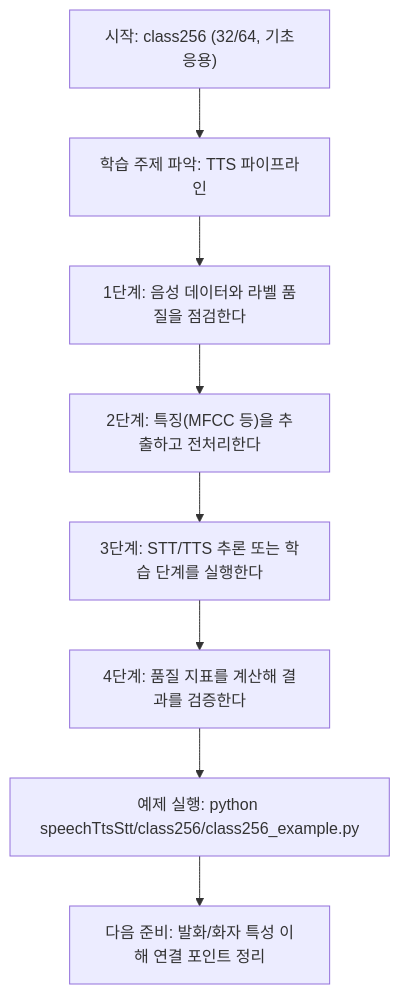
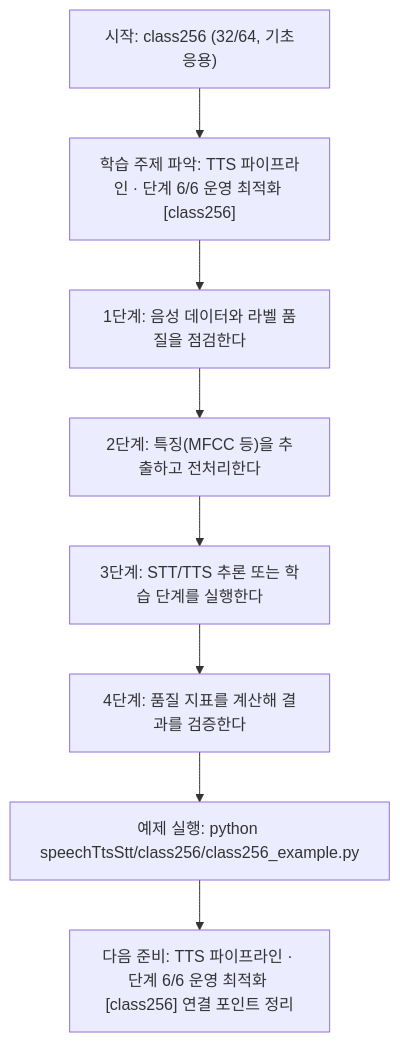
Before and after one commit to edumgt/Python-AI_Agent-Class: the diagram in speechTtsStt/class256/class256.md, drawn with Mermaid. The commit also changed other lines of this file and 522 other files, not shown here.

````diff
--- a/speechTtsStt/class256/class256.md
+++ b/speechTtsStt/class256/class256.md
@@ -112,18 +113,18 @@
 ```mermaid
 flowchart TD
 N1["시작: class256 (32/64, 기초응용)"]
-N2["학습 주제 파악: TTS 파이프라인"]
+N2["학습 주제 파악: TTS 파이프라인 · 단계 6/6 운영 최적화 [class256]"]
 N3["1단계: 음성 데이터와 라벨 품질을 점검한다"]
 N4["2단계: 특징(MFCC 등)을 추출하고 전처리한다"]
 N5["3단계: STT/TTS 추론 또는 학습 단계를 실행한다"]
 N6["4단계: 품질 지표를 계산해 결과를 검증한다"]
 N7["예제 실행: python speechTtsStt/class256/class256_example.py"]
-N8["다음 준비: 발화/화자 특성 이해 연결 포인트 정리"]
+N8["다음 준비: TTS 파이프라인 · 단계 6/6 운영 최적화 [class256] 연결 포인트 정리"]
 N1 --> N2
 N2 --> N3
 N3 --> N4
 N4 --> N5
 N5 --> N6
 N6 --> N7
 N7 --> N8
 ```
````
